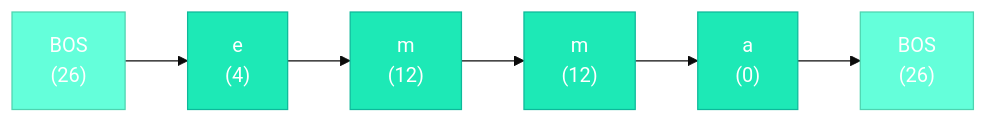
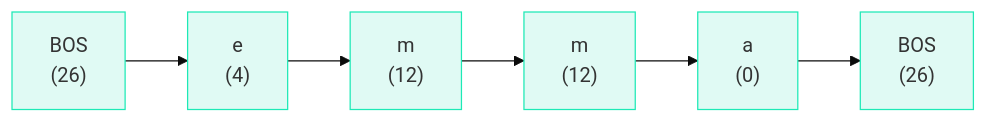
The diagram in docs/01-data-and-tokenization/02-the-bos-token.md (iamkhalid2/microgpt-course), drawn with Mermaid (base theme) before and after one commit. The commit also changed 21 other files, not shown here.

Commit message:
Fix Mermaid: remove hardcoded text color (theme-adaptive), add mobile scrolling, fix \\n to br

````diff
--- a/docs/01-data-and-tokenization/02-the-bos-token.md
+++ b/docs/01-data-and-tokenization/02-the-bos-token.md
@@ -43,11 +43,11 @@
 ```mermaid
 flowchart LR
-    B1["BOS\n(26)"] --> E["e\n(4)"] --> M1["m\n(12)"] --> M2["m\n(12)"] --> A["a\n(0)"] --> B2["BOS\n(26)"]
+    B1["BOS<br>(26)"] --> E["e<br>(4)"] --> M1["m<br>(12)"] --> M2["m<br>(12)"] --> A["a<br>(0)"] --> B2["BOS<br>(26)"]
 
-    style B1 fill:#64ffda,stroke:#4dd4b0,color:#fff
-    style E fill:#1de9b6,stroke:#0db99a,color:#fff
-    style M1 fill:#1de9b6,stroke:#0db99a,color:#fff
-    style M2 fill:#1de9b6,stroke:#0db99a,color:#fff
-    style A fill:#1de9b6,stroke:#0db99a,color:#fff
-    style B2 fill:#64ffda,stroke:#4dd4b0,color:#fff
+    style B1 fill:#e0faf4,stroke:#1de9b6
+    style E fill:#e0faf4,stroke:#1de9b6
+    style M1 fill:#e0faf4,stroke:#1de9b6
+    style M2 fill:#e0faf4,stroke:#1de9b6
+    style A fill:#e0faf4,stroke:#1de9b6
+    style B2 fill:#e0faf4,stroke:#1de9b6
 ```
````
